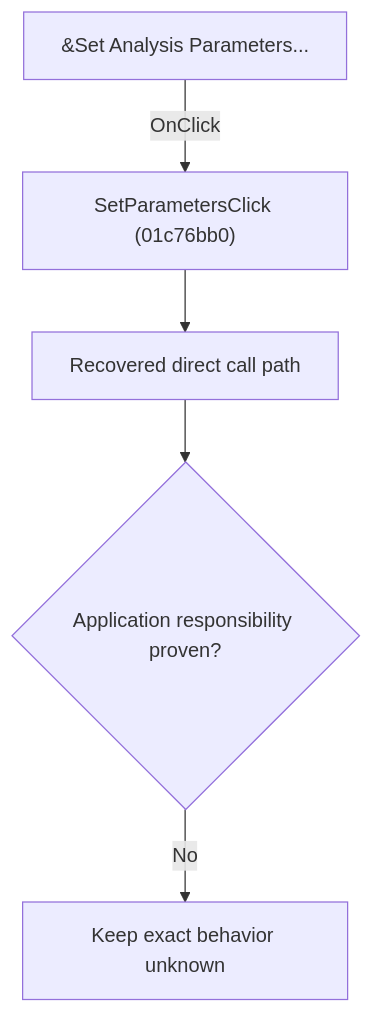
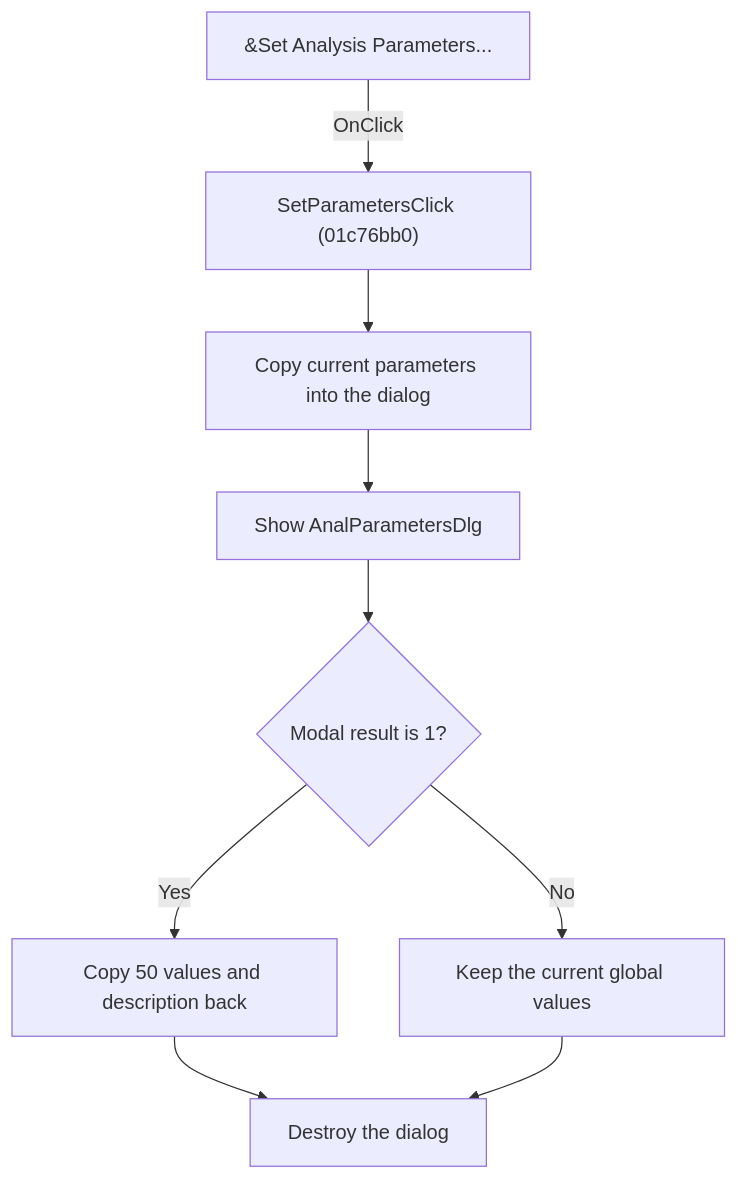
One commit to MovGP0/TIARA changed the diagram in docs/ui-controls/schematiceditor/setparameters-1f64abe54c.md. Above: the diagram before and after it, drawn with Mermaid. The commit also changed other lines of this file and 241 other files, not shown here.

````diff
--- a/docs/ui-controls/schematiceditor/setparameters-1f64abe54c.md
+++ b/docs/ui-controls/schematiceditor/setparameters-1f64abe54c.md
@@ -27,7 +25,11 @@
 ```mermaid
 flowchart TD
     control["&Set Analysis Parameters..."] -->|"OnClick"| handler["SetParametersClick (01c76bb0)"]
-    handler --> recovered["Recovered direct call path"]
-    recovered --> gap{"Application responsibility proven?"}
-    gap -->|"No"| blocked["Keep exact behavior unknown"]
+    handler --> stage["Copy current parameters into the dialog"]
+    stage --> modal["Show AnalParametersDlg"]
+    modal --> accepted{"Modal result is 1?"}
+    accepted -->|"Yes"| apply["Copy 50 values and description back"]
+    accepted -->|"No"| keep["Keep the current global values"]
+    apply --> destroy["Destroy the dialog"]
+    keep --> destroy
 ```
````
